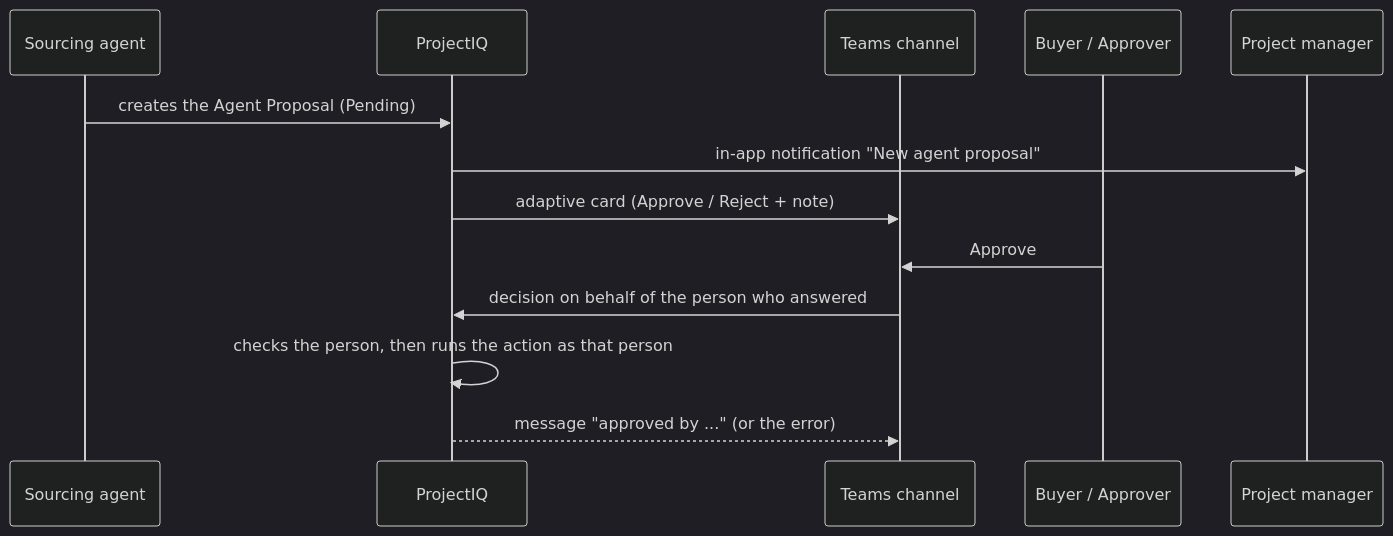
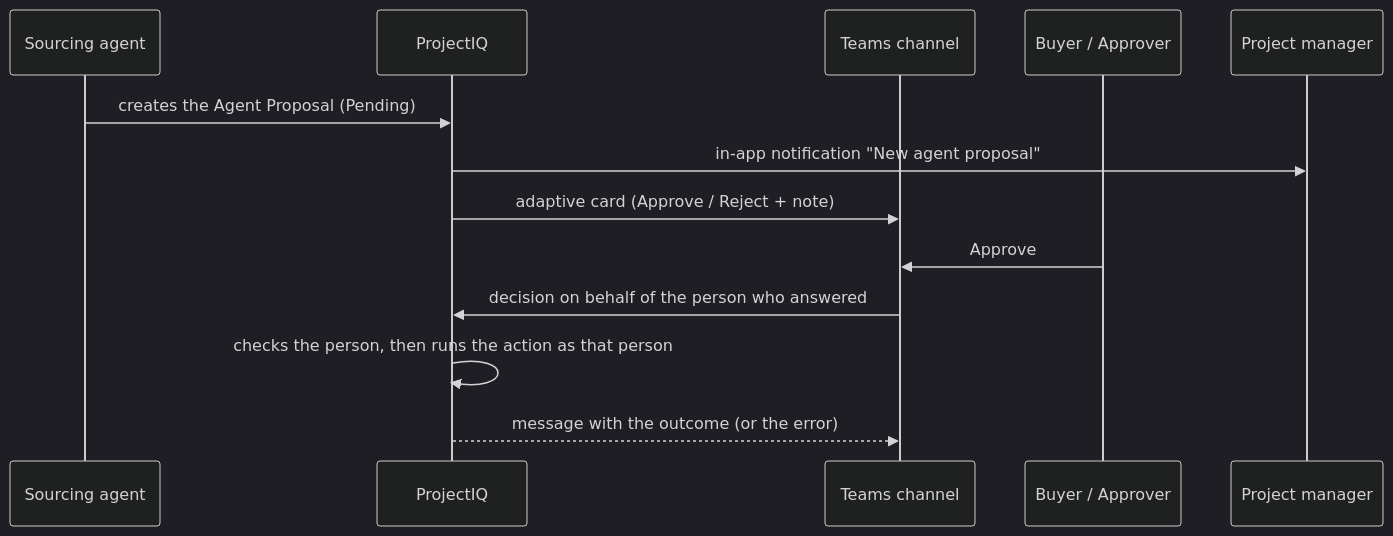
The third of 3 diagrams in docs/en/sourcing-agent.md (Power-Builders-Italia/ProjectIQ), drawn with Mermaid (dark theme) before and after one commit. The commit also changed other lines of this file and 11 other files, not shown here.

````diff
--- a/docs/en/sourcing-agent.md
+++ b/docs/en/sourcing-agent.md
@@ -138,15 +138,15 @@
 ```mermaid
 sequenceDiagram
     participant AG as Sourcing agent
     participant DV as ProjectIQ
     participant TM as Teams channel
     participant B as Buyer / Approver
     participant PM as Project manager
     AG->>DV: creates the Agent Proposal (Pending)
     DV->>PM: in-app notification "New agent proposal"
     DV->>TM: adaptive card (Approve / Reject + note)
     B->>TM: Approve
     TM->>DV: decision on behalf of the person who answered
     DV->>DV: checks the person, then runs the action as that person
-    DV-->>TM: message "approved by ..." (or the error)
+    DV-->>TM: message with the outcome (or the error)
 ```
````
